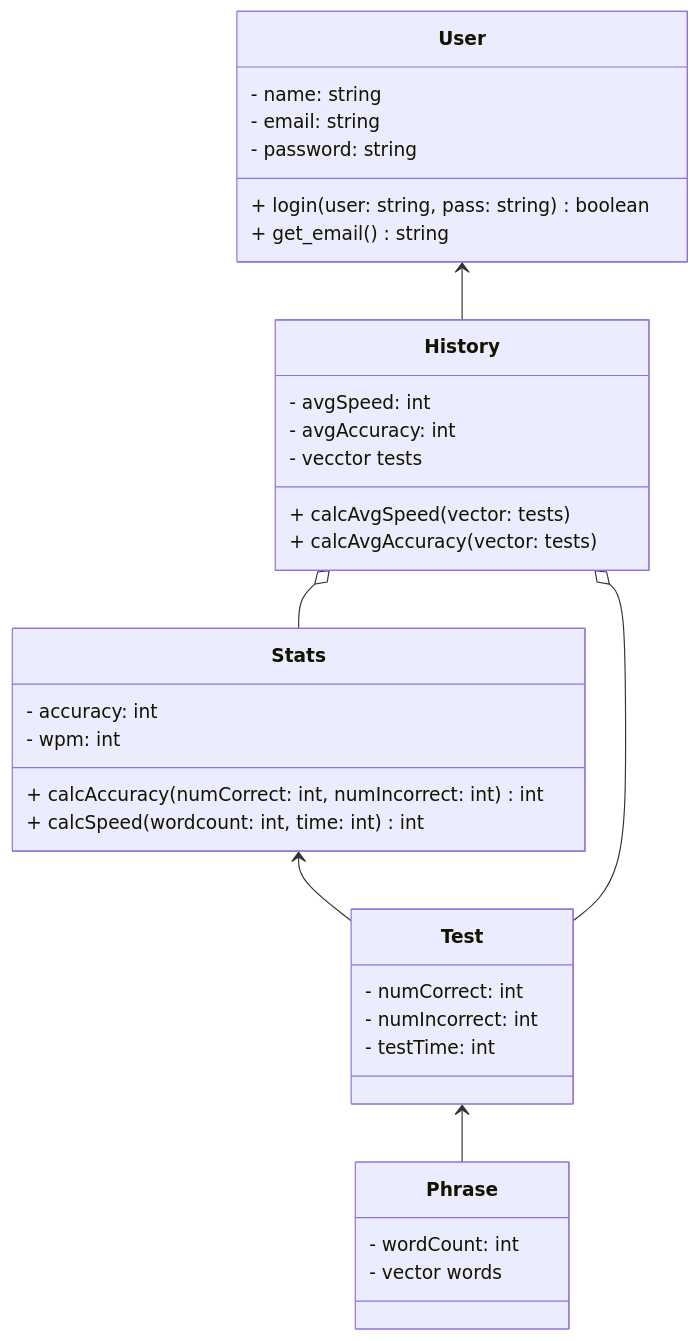
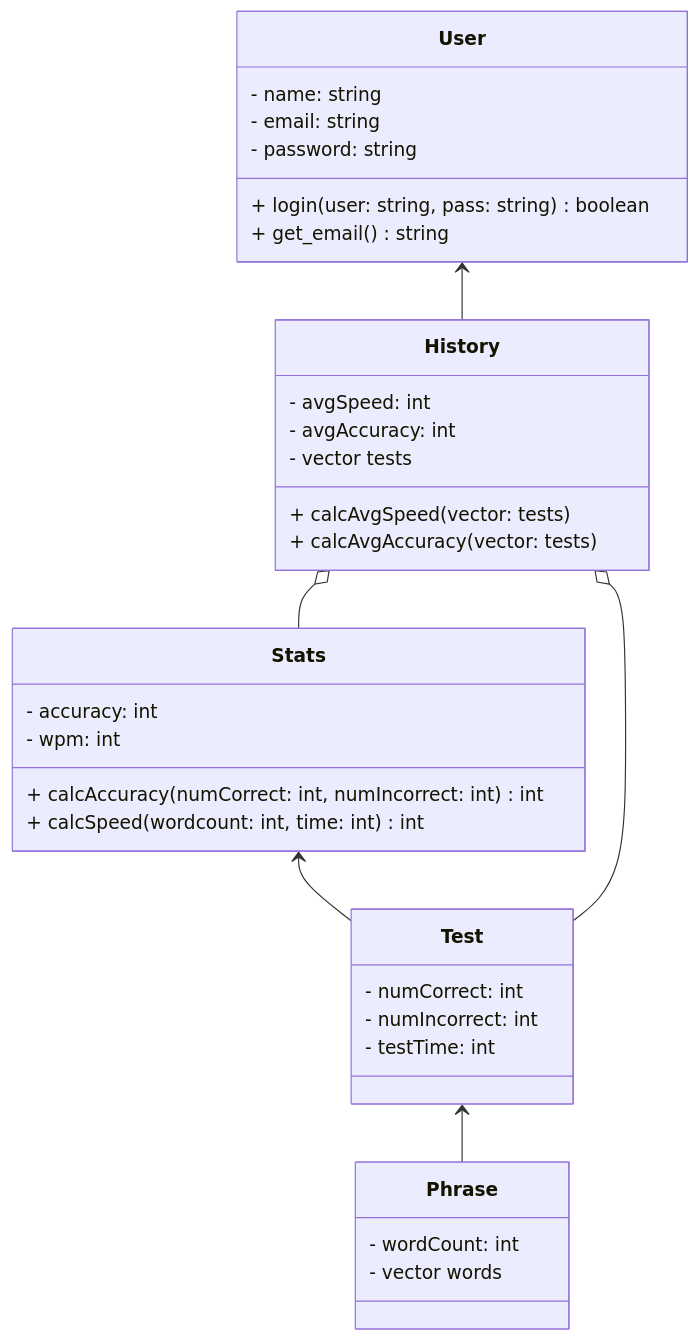
One commit to sbandaya/tippitytappity-design changed the diagram in README.md. Above: the diagram before and after it, drawn with Mermaid.

Commit message:
Fix typo in vector declaration in README

````diff
--- a/README.md
+++ b/README.md
@@ -8,40 +8,40 @@
 ```mermaid
 classDiagram
   Stats <-- Test
   Test <-- Phrase
   User <-- History
   History o-- Stats
   History o-- Test
 
   class User{
         - name: string
         - email: string
         - password: string
         + login(user: string, pass: string) boolean
         + get_email() string
         
   }
   class Stats{
         - accuracy: int
         - wpm: int
         + calcAccuracy( numCorrect: int, numIncorrect: int) int
         + calcSpeed( wordcount: int, time: int) int
   }
   class Phrase{
         - wordCount: int
         - vector<string> words
   }
   class Test{
         - numCorrect: int
         - numIncorrect: int
         - testTime: int
   }
   class History{
         - avgSpeed: int
         - avgAccuracy: int
-        - vecctor<Test> tests 
+        - vector<Test> tests 
         + calcAvgSpeed(vector<Test>: tests )
         + calcAvgAccuracy(vector<Test>: tests)
   }
   
 ```
````
